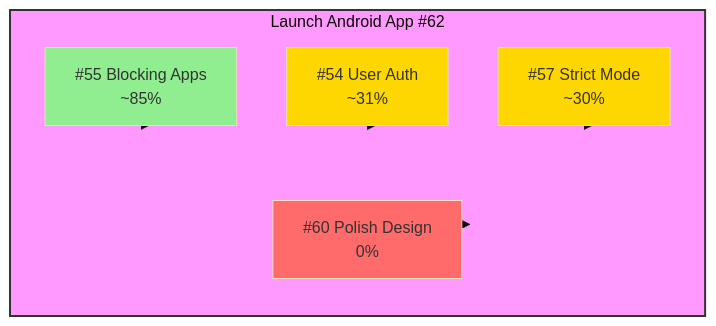
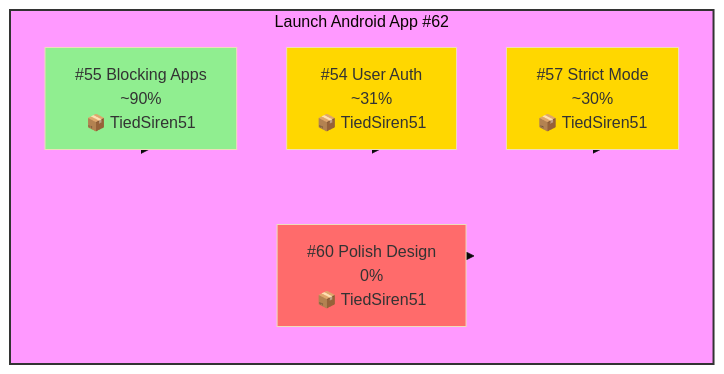
One commit to amehmeto/TiedSiren51 changed the first of 6 diagrams in docs/dependency-graph.md. Above: the diagram before and after it, drawn with Mermaid (base theme). The commit also changed other lines of this file, not shown here.

First line of the commit message:
docs: update dependency graph with repository info and progress

````diff
--- a/docs/dependency-graph.md
+++ b/docs/dependency-graph.md
@@ -8,21 +8,21 @@
 ```mermaid
 flowchart TD
     subgraph INIT["Launch Android App #62"]
         direction TB
-        E55["#55 Blocking Apps<br/>~85%"]
-        E54["#54 User Auth<br/>~31%"]
-        E57["#57 Strict Mode<br/>~30%"]
-        E60["#60 Polish Design<br/>0%"]
+        E55["#55 Blocking Apps<br/>~90%<br/>📦 TiedSiren51"]
+        E54["#54 User Auth<br/>~31%<br/>📦 TiedSiren51"]
+        E57["#57 Strict Mode<br/>~30%<br/>📦 TiedSiren51"]
+        E60["#60 Polish Design<br/>0%<br/>📦 TiedSiren51"]
     end
 
     E55 --> INIT
     E54 --> INIT
     E57 --> INIT
     E60 --> INIT
 
     style INIT fill:#f9f,stroke:#333,stroke-width:2px
     style E55 fill:#90EE90
     style E54 fill:#FFD700
     style E57 fill:#FFD700
     style E60 fill:#FF6B6B
 ```
````
